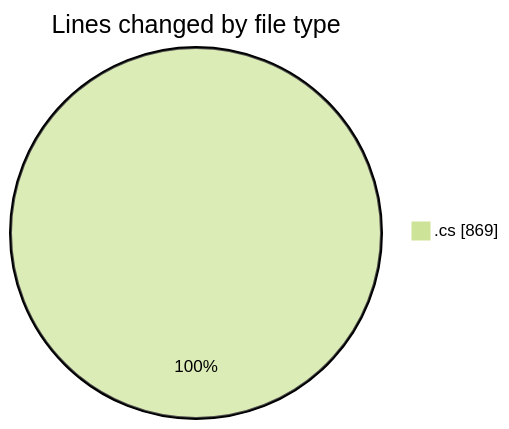
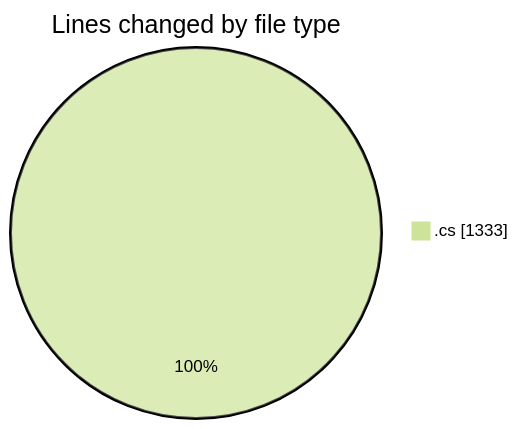
The first of 2 diagrams in 2025-07-20/reggarena/README.md (lephambinh05/code-tracking), drawn with Mermaid (forest theme) before and after one commit. The commit also changed other lines of this file and 1 other file, not shown here.

````diff
--- a/2025-07-20/reggarena/README.md
+++ b/2025-07-20/reggarena/README.md
@@ -21,5 +22,5 @@
 ```mermaid
 pie showData
 title Lines changed by file type
-".cs" : 869
+".cs" : 1333
 ```
````
